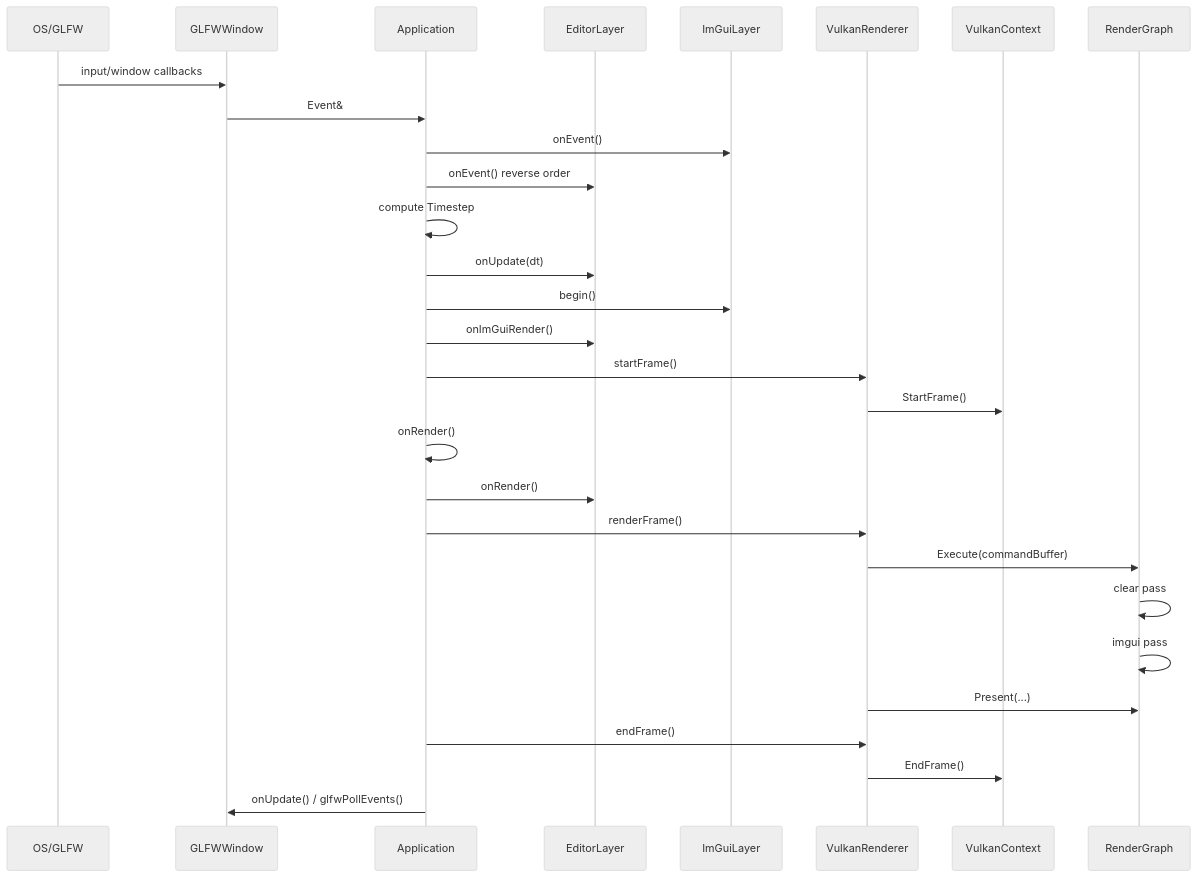
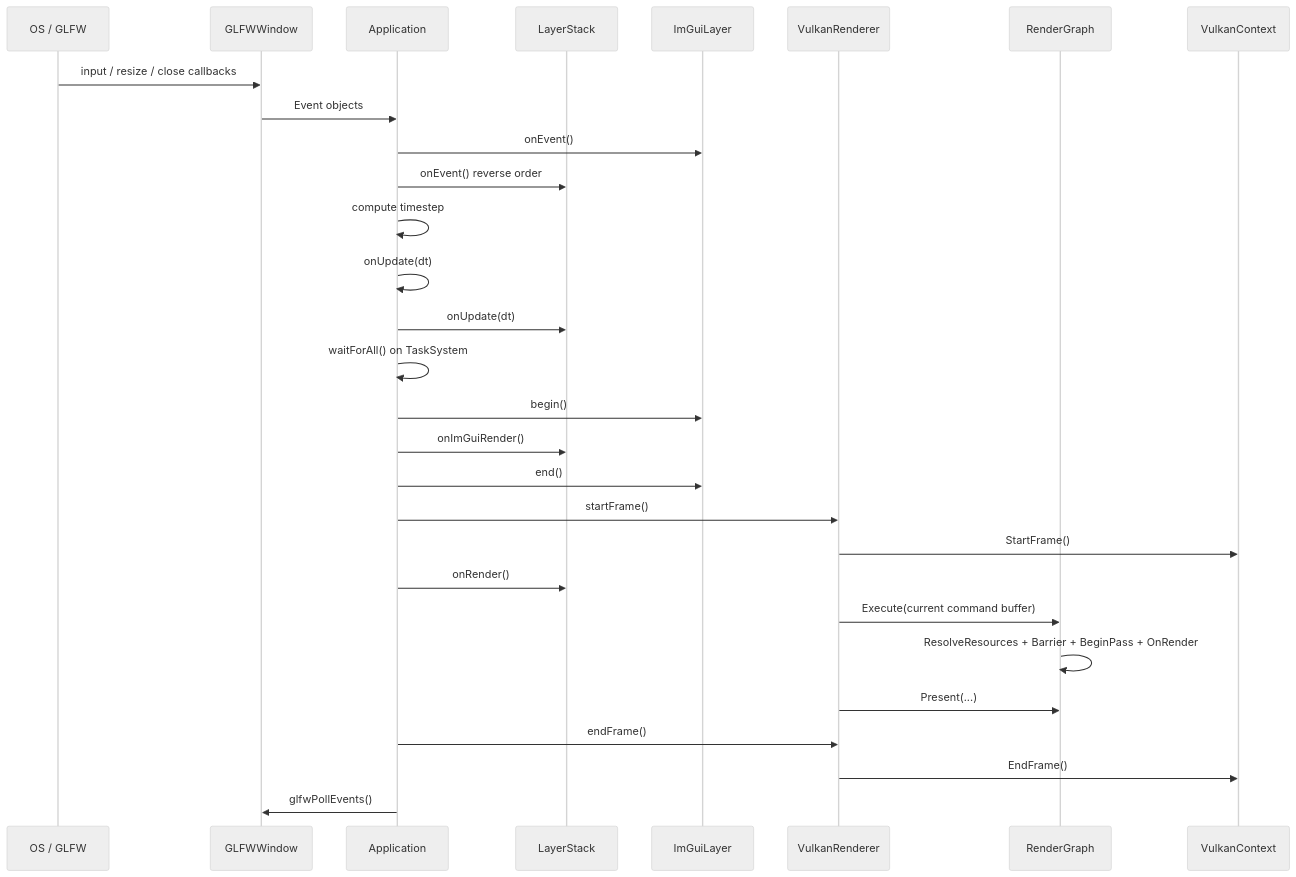
Before and after one commit to Yang-Junjie/Luna: the fourth of 5 diagrams in docs/manual/architecture-in-depth.md, drawn with Mermaid (neutral theme). The commit also changed other lines of this file and 49 other files, not shown here.

````diff
--- a/docs/manual/architecture-in-depth.md
+++ b/docs/manual/architecture-in-depth.md
@@ -195,33 +281,35 @@
 ```mermaid
 sequenceDiagram
-    participant OS as OS/GLFW
-    participant Window as GLFWWindow
+    participant OS as OS / GLFW
+    participant Win as GLFWWindow
     participant App as Application
-    participant Layer as EditorLayer
+    participant Layers as LayerStack
     participant ImGui as ImGuiLayer
     participant Renderer as VulkanRenderer
+    participant Graph as RenderGraph
     participant Context as VulkanContext
-    participant Graph as RenderGraph
 
-    OS->>Window: input/window callbacks
-    Window->>App: Event&
+    OS->>Win: input / resize / close callbacks
+    Win->>App: Event objects
     App->>ImGui: onEvent()
-    App->>Layer: onEvent() reverse order
+    App->>Layers: onEvent() reverse order
 
-    App->>App: compute Timestep
-    App->>Layer: onUpdate(dt)
+    App->>App: compute timestep
+    App->>App: onUpdate(dt)
+    App->>Layers: onUpdate(dt)
+    App->>App: waitForAll() on TaskSystem
+
     App->>ImGui: begin()
-    App->>Layer: onImGuiRender()
+    App->>Layers: onImGuiRender()
+    App->>ImGui: end()
+
     App->>Renderer: startFrame()
     Renderer->>Context: StartFrame()
-    App->>App: onRender()
-    App->>Layer: onRender()
-    App->>Renderer: renderFrame()
-    Renderer->>Graph: Execute(commandBuffer)
-    Graph->>Graph: clear pass
-    Graph->>Graph: imgui pass
+    App->>Layers: onRender()
+    Renderer->>Graph: Execute(current command buffer)
+    Graph->>Graph: ResolveResources + Barrier + BeginPass + OnRender
     Renderer->>Graph: Present(...)
     App->>Renderer: endFrame()
     Renderer->>Context: EndFrame()
-    App->>Window: onUpdate() / glfwPollEvents()
+    App->>Win: glfwPollEvents()
 ```
````
